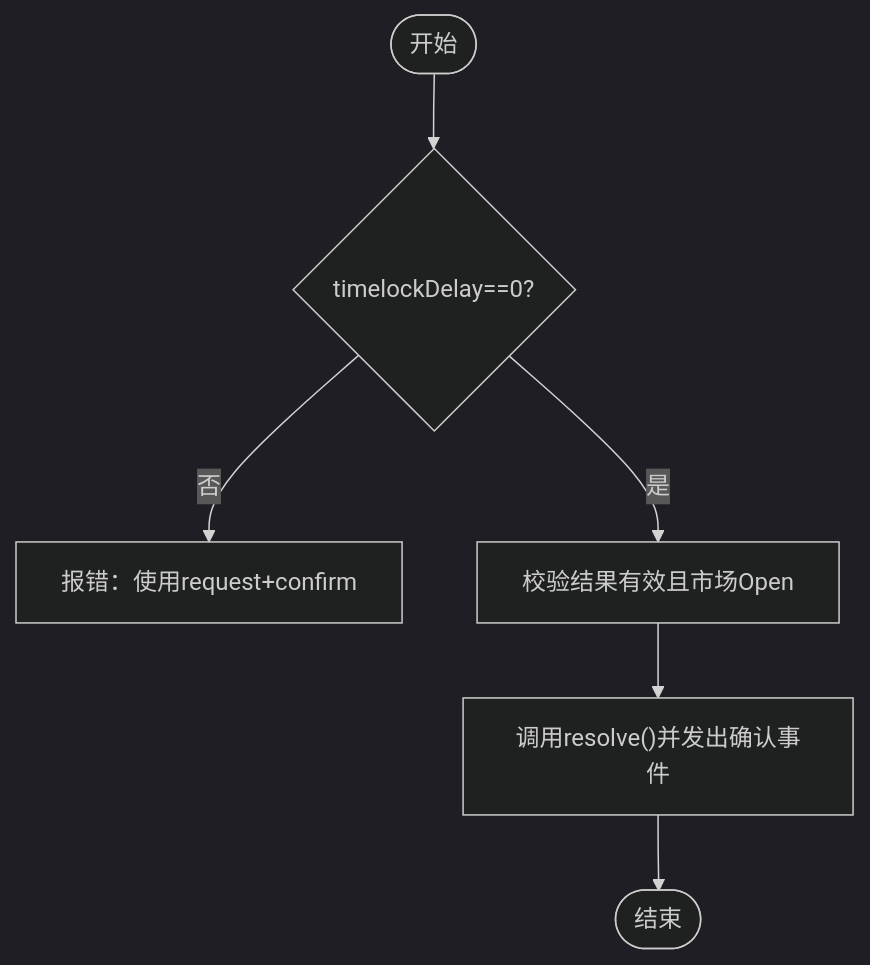
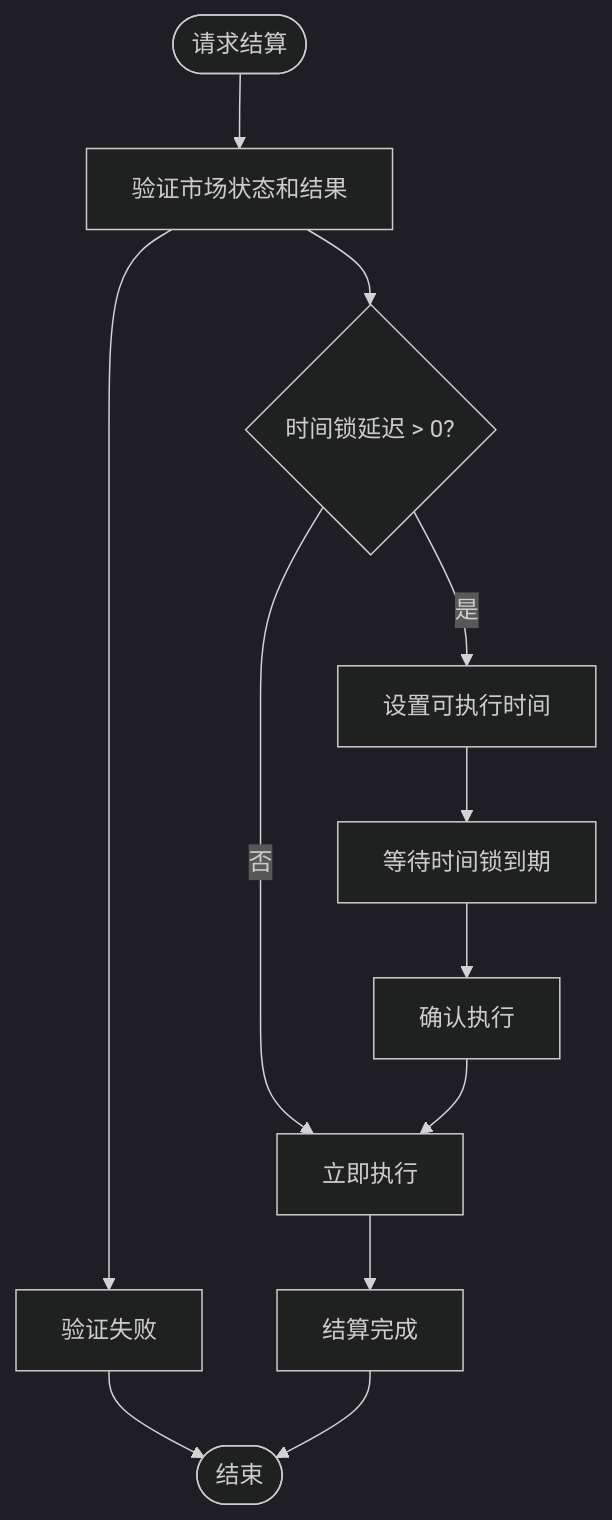
Before and after one commit to SimonHofman/PredictionDIDSimple: the eighth of 10 diagrams in contracts/.qoder/repowiki/zh/content/API参考/API参考.md, drawn with Mermaid (dark theme). The commit also changed other lines of this file and 162 other files, not shown here.

````diff
--- a/contracts/.qoder/repowiki/zh/content/API参考/API参考.md
+++ b/contracts/.qoder/repowiki/zh/content/API参考/API参考.md
@@ -254,8 +362,14 @@
 ```mermaid
 flowchart TD
-S(["开始"]) --> CheckTL{"timelockDelay==0?"}
-CheckTL --> |否| Err["报错：使用request+confirm"]
-CheckTL --> |是| CheckRes["校验结果有效且市场Open"]
-CheckRes --> Call["调用resolve()并发出确认事件"]
-Call --> E(["结束"])
+Start([请求结算]) --> Validate["验证市场状态和结果"]
+Validate --> CheckTime{"时间锁延迟 > 0?"}
+CheckTime --> |是| Schedule["设置可执行时间"]
+CheckTime --> |否| Execute["立即执行"]
+Schedule --> Pending["等待时间锁到期"]
+Pending --> Confirm["确认执行"]
+Confirm --> Execute
+Execute --> Complete["结算完成"]
+Validate --> Error["验证失败"]
+Error --> End([结束])
+Complete --> End
 ```
````
